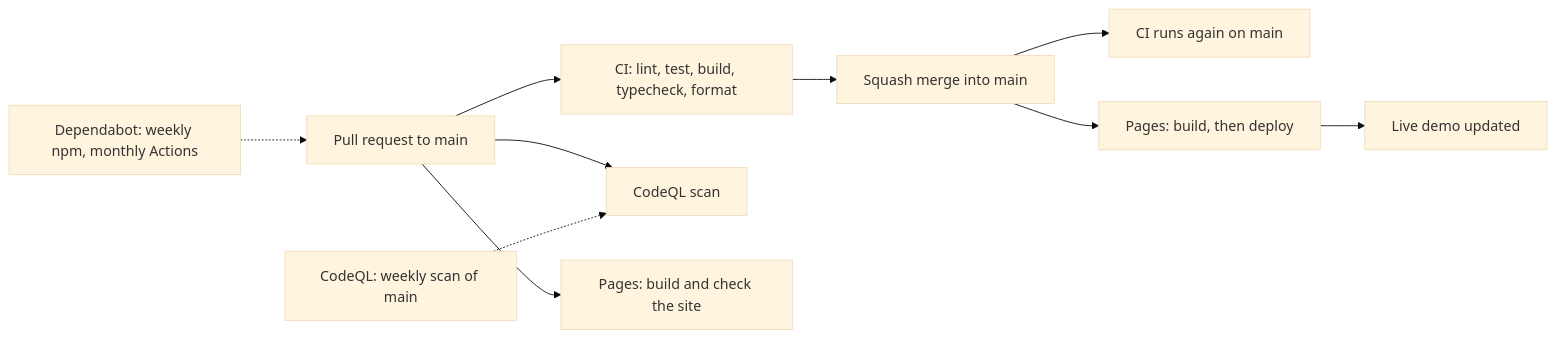
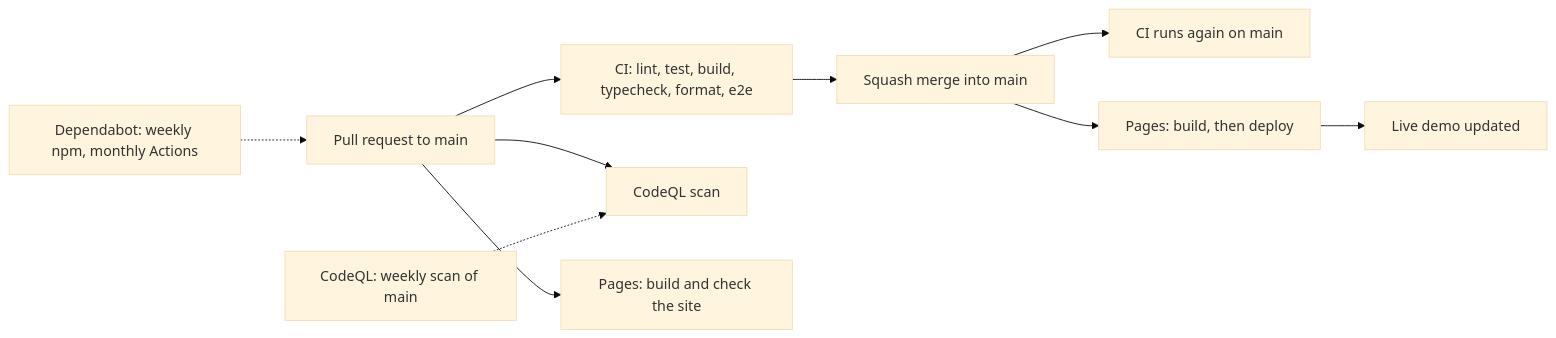
One commit to nguyenan97/angular-saas-kit changed the third of 3 diagrams in docs/architecture/c4-deployment.md. Above: the diagram before and after it, drawn with Mermaid (base theme). The commit also changed other lines of this file and 10 other files, not shown here.

````diff
--- a/docs/architecture/c4-deployment.md
+++ b/docs/architecture/c4-deployment.md
@@ -73,12 +73,12 @@
 ```mermaid
 flowchart LR
-  pr["Pull request to main"] --> ci["CI: lint, test, build, typecheck, format"]
+  pr["Pull request to main"] --> ci["CI: lint, test, build, typecheck, format, e2e"]
   pr --> codeql["CodeQL scan"]
   pr --> site["Pages: build and check the site"]
   ci --> merge["Squash merge into main"]
   merge --> cimain["CI runs again on main"]
   merge --> deploy["Pages: build, then deploy"]
   deploy --> live["Live demo updated"]
   dependabot["Dependabot: weekly npm, monthly Actions"] -.-> pr
   weekly["CodeQL: weekly scan of main"] -.-> codeql
 ```
````
